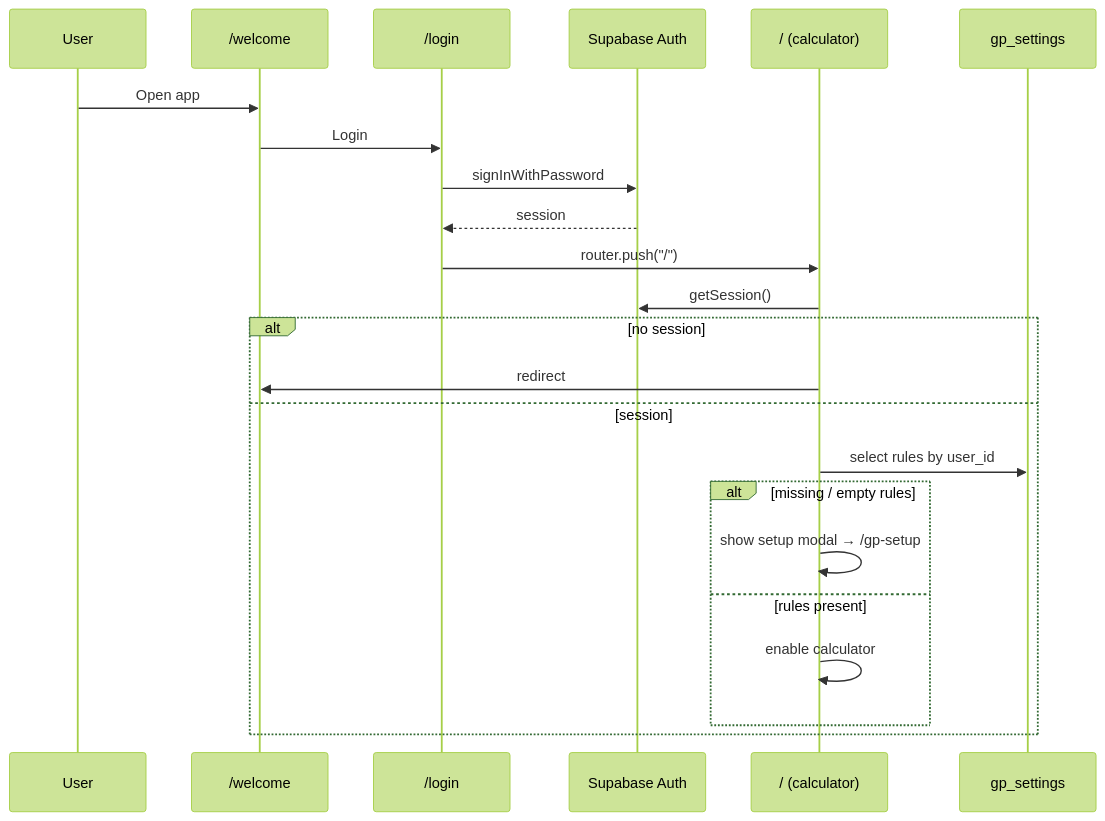
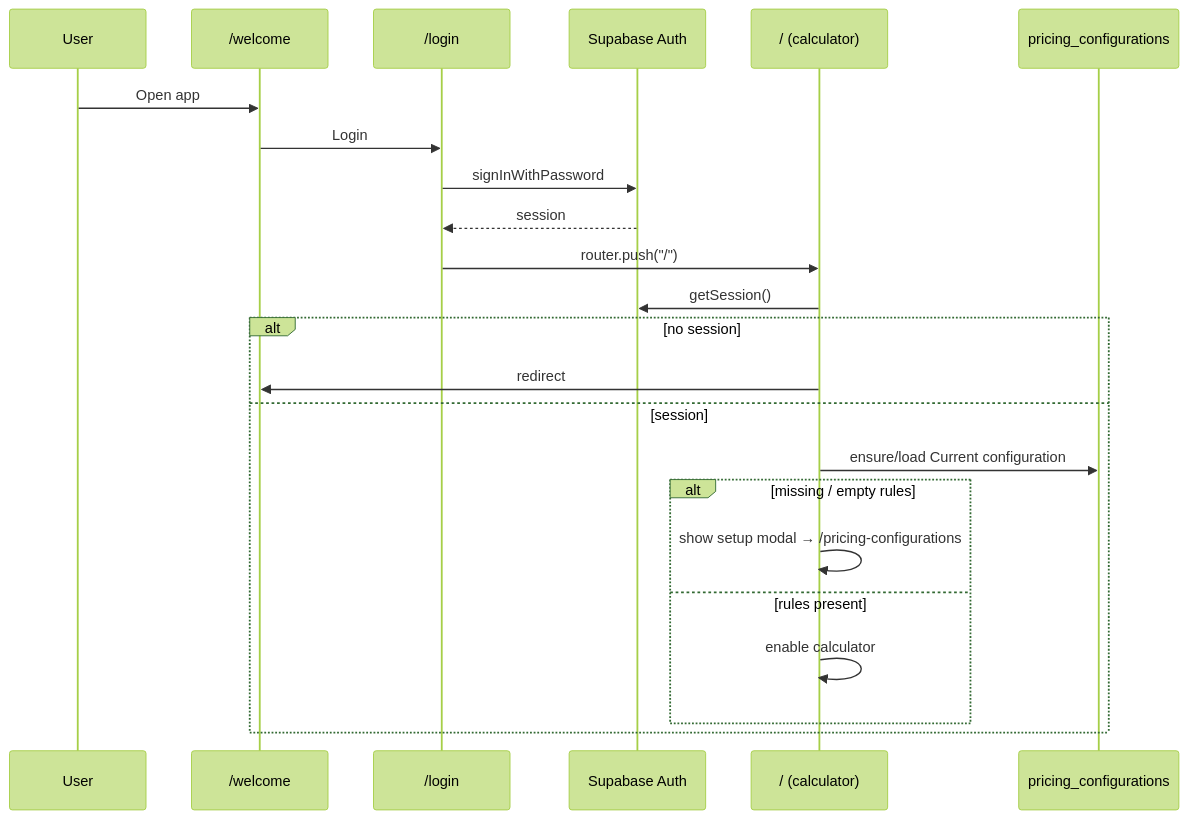
Before and after one commit to DanWarham/wine-gp-calculator: the third of 7 diagrams in docs/ARCHITECTURE.md, drawn with Mermaid (forest theme). The commit also changed other lines of this file and 7 other files, not shown here.

Commit message:
complete pricing configuration migration

````diff
--- a/docs/ARCHITECTURE.md
+++ b/docs/ARCHITECTURE.md
@@ -155,26 +155,26 @@
 ```mermaid
 sequenceDiagram
   participant U as User
   participant W as /welcome
   participant L as /login
   participant S as Supabase Auth
   participant H as / (calculator)
-  participant DB as gp_settings
+  participant DB as pricing_configurations
 
   U->>W: Open app
   W->>L: Login
   L->>S: signInWithPassword
   S-->>L: session
   L->>H: router.push("/")
   H->>S: getSession()
   alt no session
     H->>W: redirect
   else session
-    H->>DB: select rules by user_id
+    H->>DB: ensure/load Current configuration
     alt missing / empty rules
-      H->>H: show setup modal → /gp-setup
+      H->>H: show setup modal → /pricing-configurations
     else rules present
       H->>H: enable calculator
     end
   end
 ```
````
